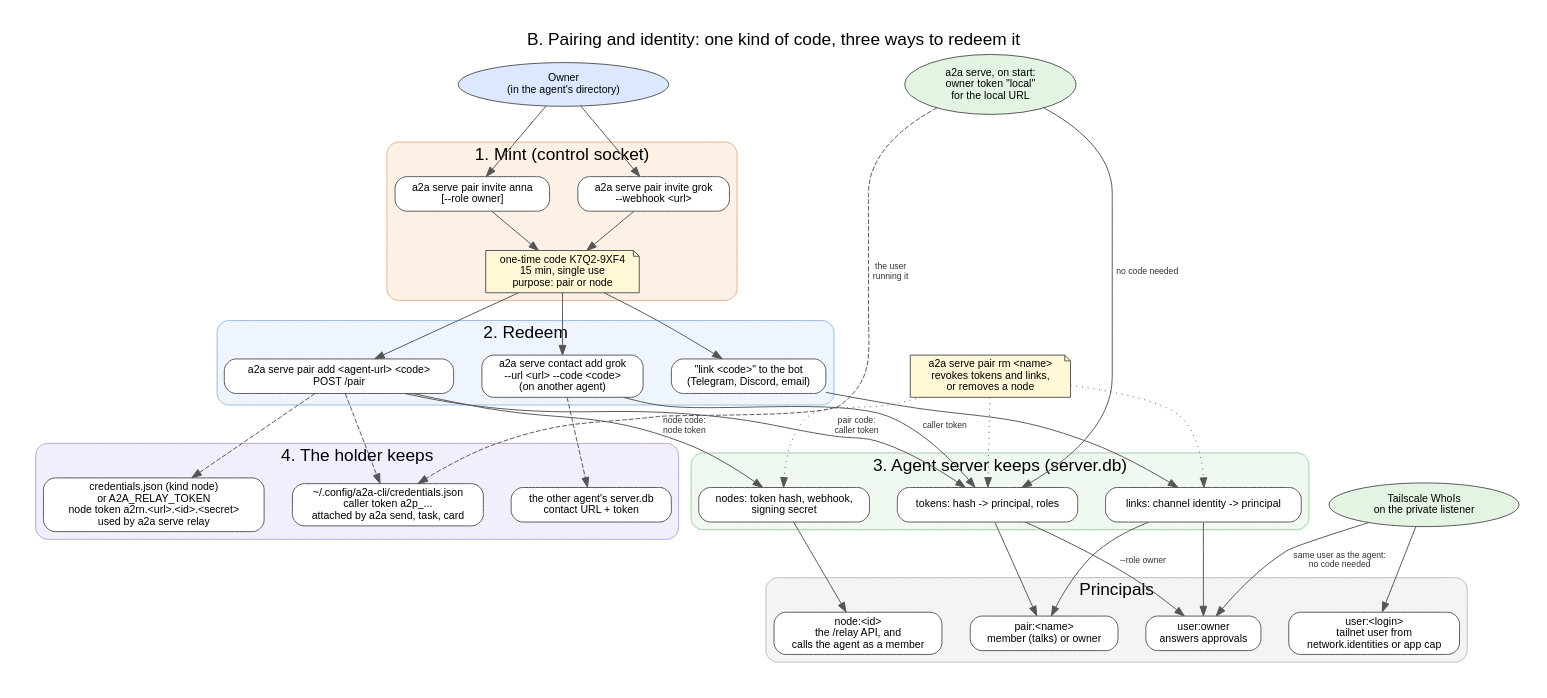
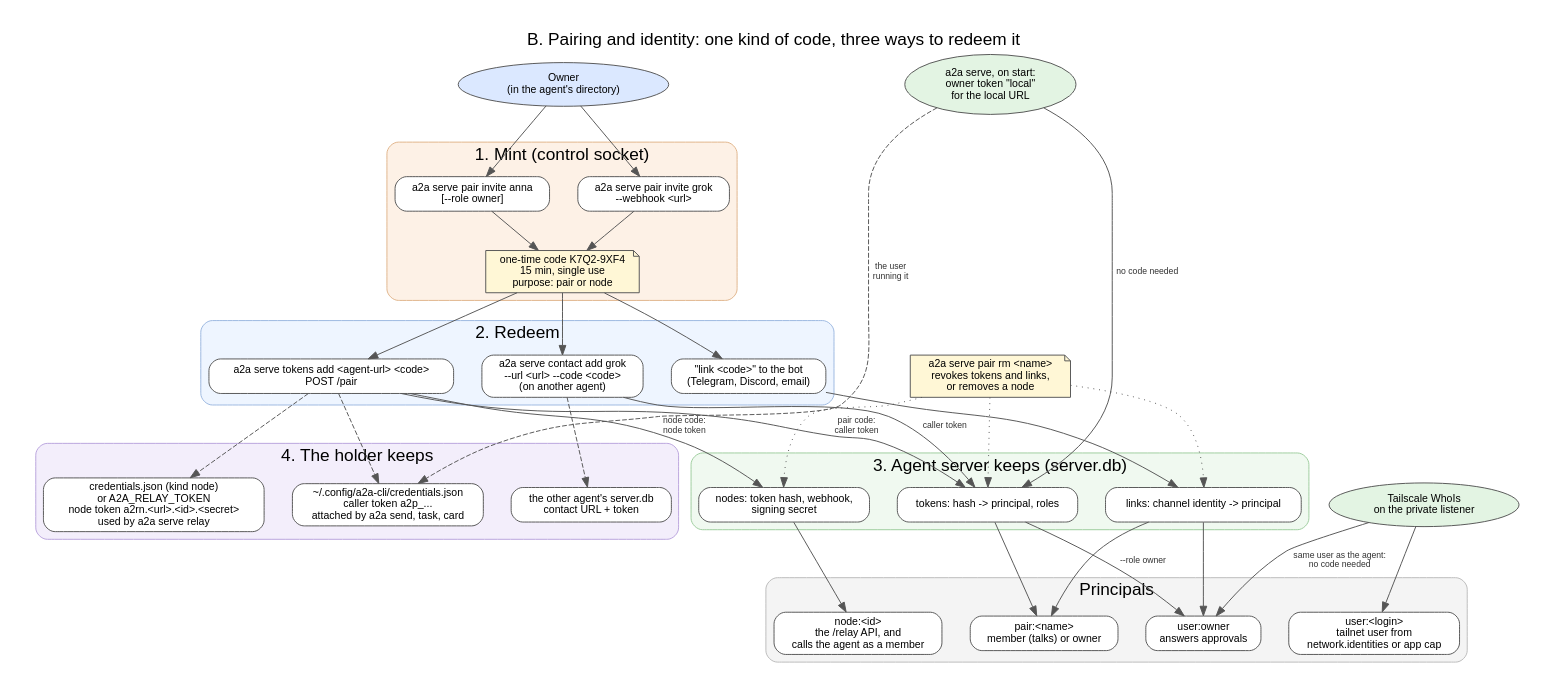
Before and after one commit to a2aproject/a2a-serve: the diagram in docs/graphs/agent-server-pairing.dot, drawn with Graphviz. The commit also changed 7 other files, not shown here.

```diff
--- a/docs/graphs/agent-server-pairing.dot
+++ b/docs/graphs/agent-server-pairing.dot
@@ -1,73 +1,73 @@
 // B. Pairing and identity: how callers, messenger accounts, other agents and
 // webhook nodes get a principal, and where each credential is kept.
 // Render: dot -Tpng -Gdpi=110 agent-server-pairing.dot -o agent-server-pairing.png
 digraph agent_server_pairing {
   rankdir=TB;
   graph [fontname="Helvetica", nodesep=0.4, ranksep=0.55, pad=0.3,
          label="B. Pairing and identity: one kind of code, three ways to redeem it", labelloc=t, fontsize=18];
   node  [fontname="Helvetica", fontsize=11, shape=box, style="rounded,filled", fillcolor="#ffffff", color="#555555"];
   edge  [fontname="Helvetica", fontsize=9, color="#555555", fontcolor="#333333"];
 
   Owner [label="Owner\n(in the agent's directory)", shape=ellipse, fillcolor="#dbe8ff"];
 
   subgraph cluster_mint {
     label="1. Mint (control socket)"; style="rounded,filled"; fillcolor="#fdf1e6"; color="#e0b48a";
     PairCaller [label="a2a serve pair invite anna\n[--role owner]"];
     PairNode   [label="a2a serve pair invite grok\n--webhook <url>"];
     Code       [label="one-time code K7Q2-9XF4\n15 min, single use\npurpose: pair or node", shape=note, fillcolor="#fff7d6"];
   }
 
   subgraph cluster_redeem {
     label="2. Redeem"; style="rounded,filled"; fillcolor="#eef5ff"; color="#9bb7e0";
-    PairAdd  [label="a2a serve pair add <agent-url> <code>\nPOST /pair"];
+    PairAdd  [label="a2a serve tokens add <agent-url> <code>\nPOST /pair"];
     Link     [label="\"link <code>\" to the bot\n(Telegram, Discord, email)"];
     Contact  [label="a2a serve contact add grok\n--url <url> --code <code>\n(on another agent)"];
   }
 
   subgraph cluster_server {
     label="3. Agent server keeps (server.db)"; style="rounded,filled"; fillcolor="#f0f9f0"; color="#9ccc9c";
     Tokens [label="tokens: hash -> principal, roles"];
     Links  [label="links: channel identity -> principal"];
     NodeT  [label="nodes: token hash, webhook,\nsigning secret"];
   }
 
   subgraph cluster_holders {
     label="4. The holder keeps"; style="rounded,filled"; fillcolor="#f3eefb"; color="#b9a4dd";
     Creds   [label="~/.config/a2a-cli/credentials.json\ncaller token a2p_...\nattached by a2a send, task, card"];
     NodeCreds [label="credentials.json (kind node)\nor A2A_RELAY_TOKEN\nnode token a2rn.<url>.<id>.<secret>\nused by a2a serve relay"];
     ContactDB [label="the other agent's server.db\ncontact URL + token"];
   }
 
   subgraph cluster_principals {
     label="Principals"; style="rounded,filled"; fillcolor="#f4f4f4"; color="#bbbbbb";
     POwner  [label="user:owner\nanswers approvals"];
     PPair   [label="pair:<name>\nmember (talks) or owner"];
     PUser   [label="user:<login>\ntailnet user from\nnetwork.identities or app cap"];
     PNode   [label="node:<id>\nthe /relay API, and\ncalls the agent as a member"];
   }
 
   Tailnet [label="Tailscale WhoIs\non the private listener", shape=ellipse, fillcolor="#e3f4e3"];
   Start   [label="a2a serve, on start:\nowner token \"local\"\nfor the local URL", shape=ellipse, fillcolor="#e3f4e3"];
 
   Owner -> PairCaller; Owner -> PairNode;
   PairCaller -> Code; PairNode -> Code;
   Code -> PairAdd; Code -> Link; Code -> Contact;
   PairAdd -> Tokens [label="pair code:\ncaller token"];
   PairAdd -> NodeT  [label="node code:\nnode token"];
   Link -> Links;
   Contact -> Tokens [label="caller token"];
   PairAdd -> Creds [style=dashed];
   PairAdd -> NodeCreds [style=dashed];
   Contact -> ContactDB [style=dashed];
   Tokens -> PPair; Tokens -> POwner [label="--role owner"];
   Links -> PPair; Links -> POwner;
   NodeT -> PNode;
   Tailnet -> POwner [label="same user as the agent:\nno code needed"];
   Tailnet -> PUser;
   {rank=same; Owner; Start}
   Start -> Tokens [label="no code needed"];
   Start -> Creds [style=dashed, label="the user\nrunning it"];
 
   Revoke [label="a2a serve pair rm <name>\nrevokes tokens and links,\nor removes a node", shape=note, fillcolor="#fff7d6"];
   Revoke -> Tokens [style=dotted]; Revoke -> Links [style=dotted]; Revoke -> NodeT [style=dotted];
 }
```
